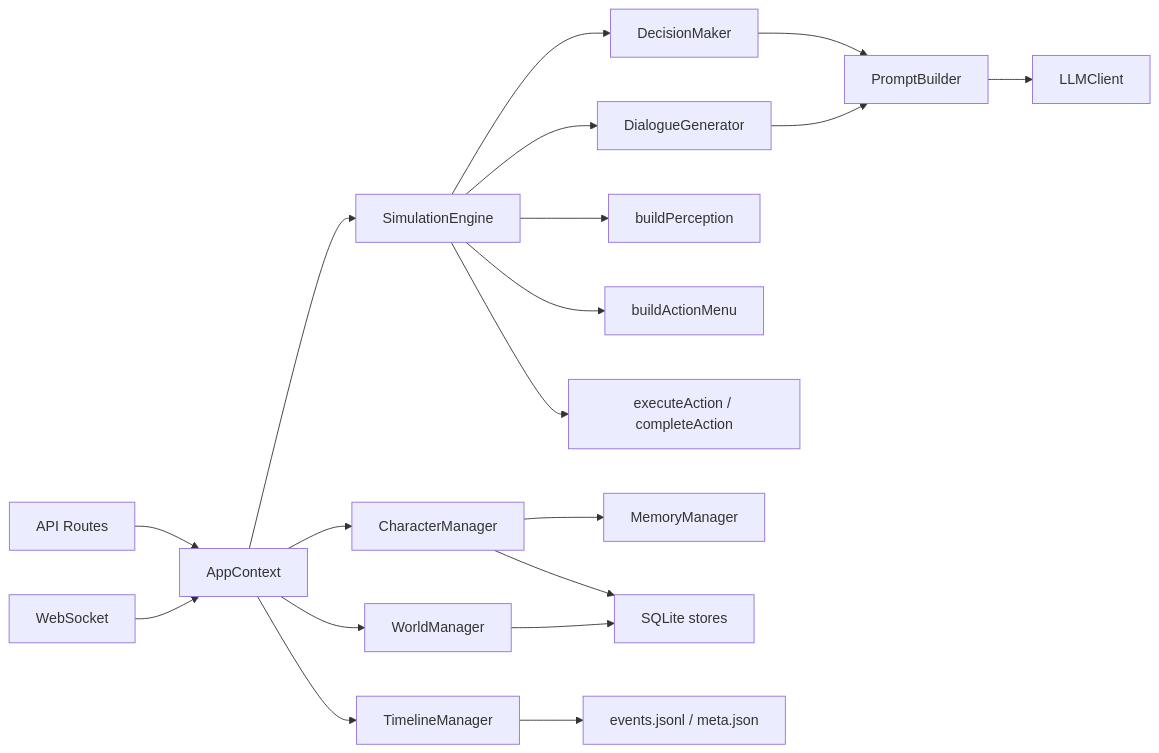
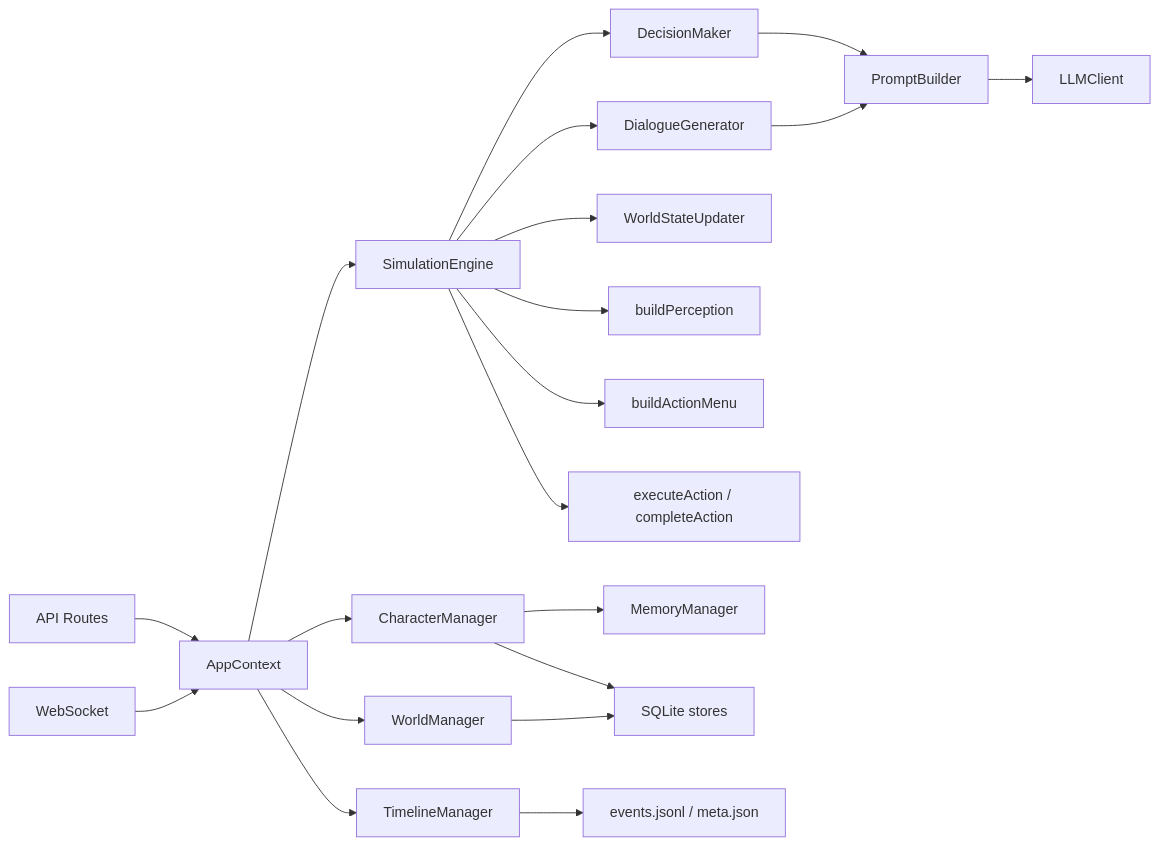
The diagram in docs/runtime-classes.md (KAMIENDER/WorldX), drawn with Mermaid before and after one commit. The commit also changed other lines of this file and 18 other files, not shown here.

````diff
--- a/docs/runtime-classes.md
+++ b/docs/runtime-classes.md
@@ -15,21 +15,22 @@
 ```mermaid
 flowchart LR
   Routes["API Routes"] --> AppContext
   WebSocket["WebSocket"] --> AppContext
   AppContext --> WorldManager
   AppContext --> CharacterManager
   AppContext --> TimelineManager
   AppContext --> SimulationEngine
   SimulationEngine --> DecisionMaker
   SimulationEngine --> DialogueGenerator
+  SimulationEngine --> WorldStateUpdater
   SimulationEngine --> Perceiver["buildPerception"]
   SimulationEngine --> ActionMenu["buildActionMenu"]
   SimulationEngine --> ActionExecutor["executeAction / completeAction"]
   DecisionMaker --> PromptBuilder
   DialogueGenerator --> PromptBuilder
   PromptBuilder --> LLMClient
   CharacterManager --> MemoryManager
   CharacterManager --> Stores["SQLite stores"]
   WorldManager --> Stores
   TimelineManager --> Files["events.jsonl / meta.json"]
 ```
````
